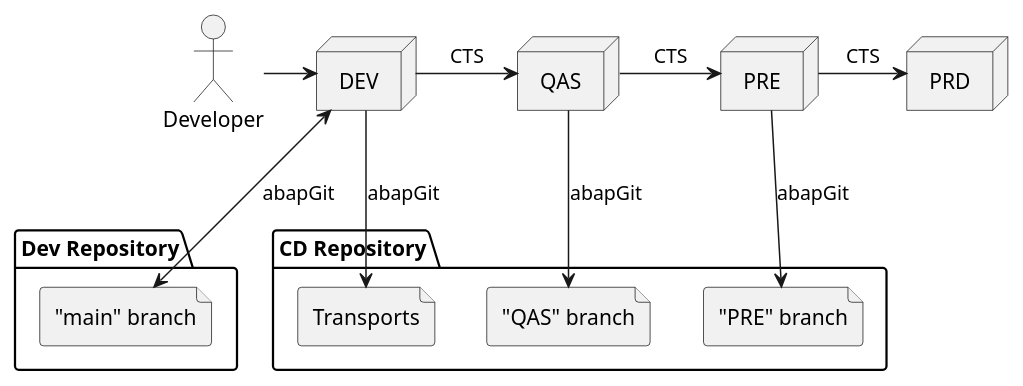
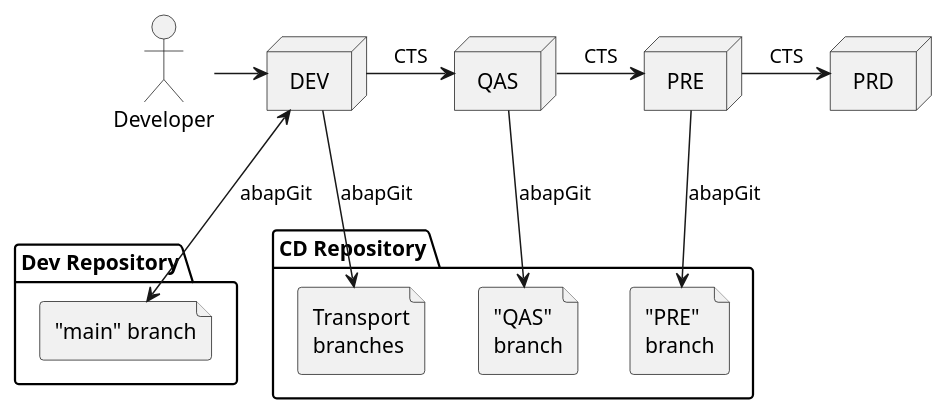
One commit to heliconialabs/practical-ci-cd-for-abap changed the first of 2 diagrams in src/deployment.adoc. Above: the diagram before and after it, drawn with PlantUML. The commit also changed other lines of this file and 2 other files, not shown here.

```diff
--- a/src/deployment.adoc
+++ b/src/deployment.adoc
@@ -17,32 +17,32 @@
 [plantuml]
 ....
 skinparam monochrome true
 
 actor Developer
 
 package "Dev Repository" {
   file ""main" branch"as git
 }
 
 node DEV
 node QAS
 node PRE
 node PRD
 
 Developer -> DEV
 git <-up-> DEV: abapGit
 
 package "CD Repository" {
-  file "Transports" as UC1
-  file ""QAS" branch" as UC2
-  file ""PRE" branch" as UC3
+  file "Transport\nbranches" as UC1
+  file ""QAS"\nbranch" as UC2
+  file ""PRE"\nbranch" as UC3
 }
 
 DEV -> QAS: CTS
 QAS -> PRE: CTS
 PRE -> PRD: CTS
 
 DEV -down-> UC1: abapGit
 QAS -down-> UC2: abapGit
 PRE -> UC3: abapGit
 ....
```
